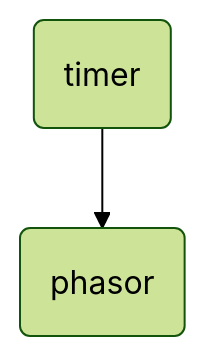
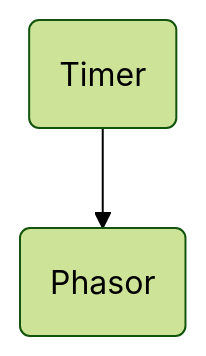
Before and after one commit to MOYUtianming/Slum: the first of 4 diagrams in README.md, drawn with Mermaid (forest theme). The commit also changed other lines of this file and 14 other files, not shown here.

````diff
--- a/README.md
+++ b/README.md
@@ -13,4 +12,4 @@
     ```mermaid
     graph TD;
-        A(timer)-->B(phasor);
+        A(Timer)-->B(Phasor);
     ```
````
